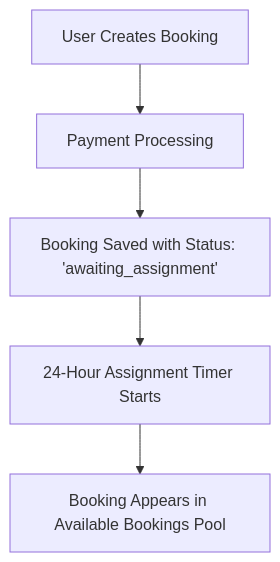
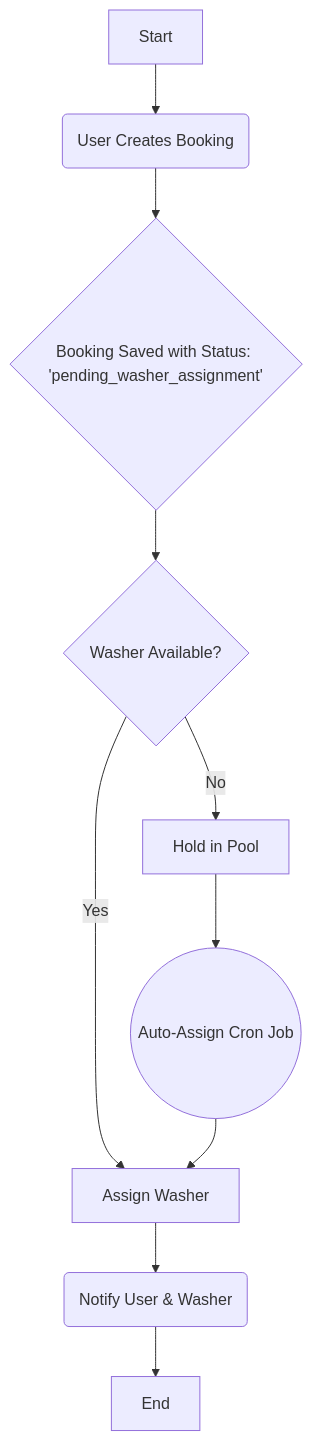
Before and after one commit to devjoe1991/neighbourhood-wash: the first of 5 diagrams in docs/booking-assignment-flow.md, drawn with Mermaid. The commit also changed other lines of this file and 11 other files, not shown here.

First line of the commit message:
feat: Refactor booking status system and fix availability view

````diff
--- a/docs/booking-assignment-flow.md
+++ b/docs/booking-assignment-flow.md
@@ -15,7 +15,12 @@
 ```mermaid
 graph TD
-    A[User Creates Booking] --> B[Payment Processing]
-    B --> C[Booking Saved with Status: 'awaiting_assignment']
-    C --> D[24-Hour Assignment Timer Starts]
-    D --> E[Booking Appears in Available Bookings Pool]
+    A[Start] --> B(User Creates Booking);
+    B --> C{Booking Saved with Status: 'pending_washer_assignment'};
+    C --> D{Washer Available?};
+    D -- Yes --> E[Assign Washer];
+    D -- No --> F[Hold in Pool];
+    F --> G((Auto-Assign Cron Job));
+    G --> E;
+    E --> H(Notify User & Washer);
+    H --> I[End];
 ```
````
